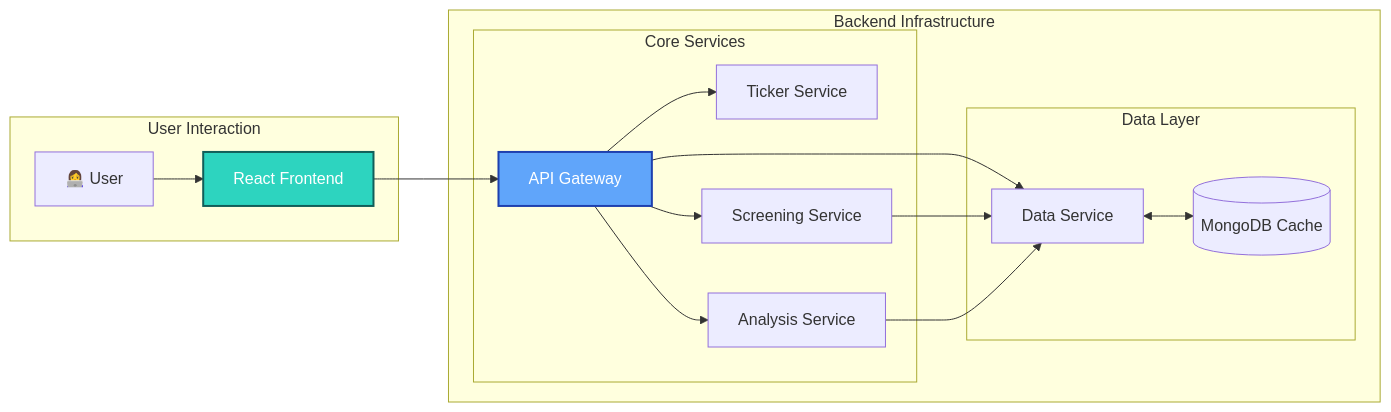
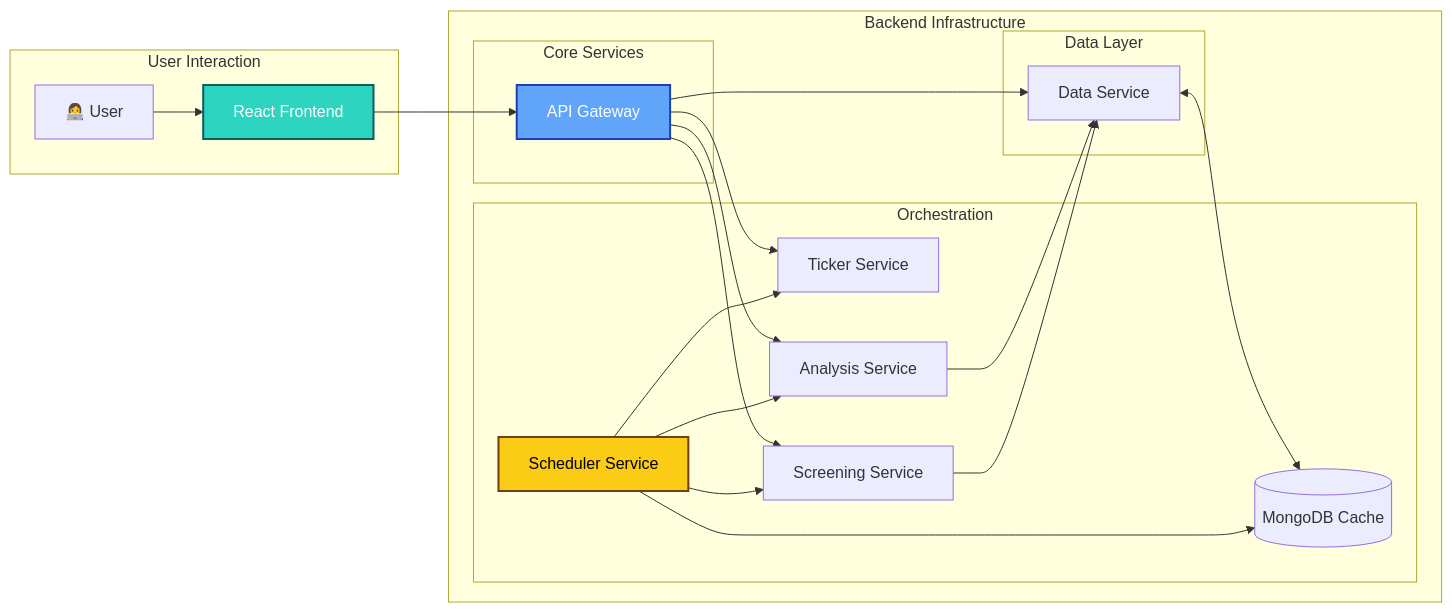
Before and after one commit to lam200213/Catalyst-Engine: the diagram in README.md, drawn with Mermaid. The commit also changed other lines of this file and 2 other files, not shown here.

Commit message:
week 1 task 1.6 Performed configuration and documentation hygiene check.

````diff
--- a/README.md
+++ b/README.md
@@ -20,26 +20,34 @@
 ```mermaid
 graph LR
     subgraph User Interaction
         User[👩‍💻 User] --> FrontendApp[React Frontend];
     end
 
     subgraph Backend Infrastructure
         FrontendApp --> APIGateway[API Gateway];
         
+        subgraph Orchestration
+           Scheduler[Scheduler Service] --> TickerService;
+           Scheduler --> ScreeningService;
+           Scheduler --> AnalysisService;
+           Scheduler --> MongoDB;
+        end
+
         subgraph Core Services
             APIGateway --> TickerService[Ticker Service];
             APIGateway --> ScreeningService[Screening Service];
             APIGateway --> AnalysisService[Analysis Service];
         end
 
         subgraph Data Layer
             APIGateway --> DataService[Data Service];
             ScreeningService --> DataService;
             AnalysisService --> DataService;
             DataService <--> MongoDB[(MongoDB Cache)];
         end
     end
 
     style FrontendApp fill:#2dd4bf,stroke:#115e59,stroke-width:2px,color:#fff
     style APIGateway fill:#60a5fa,stroke:#1e40af,stroke-width:2px,color:#fff
+    style Scheduler fill:#facc15,stroke:#713f12,stroke-width:2px,color:#000
 ```
````
